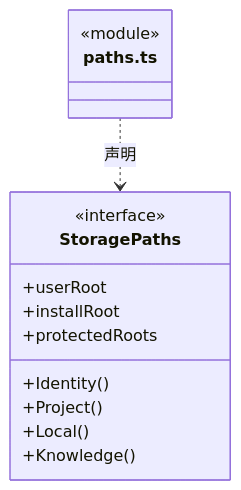
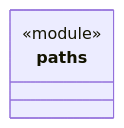
Before and after one commit to nan023062/cbim: the diagram in src/logic/workspace/ports/ARCHITECTURE.md, drawn with Mermaid. The commit also changed other lines of this file and 158 other files, not shown here.

Commit message:
docs: model architecture through nested virtual encapsulations

````diff
--- a/src/logic/workspace/ports/ARCHITECTURE.md
+++ b/src/logic/workspace/ports/ARCHITECTURE.md
@@ -48,17 +19,7 @@
 ```mermaid
 classDiagram
-class N_src_logic_workspace_ports_paths_ts["paths.ts"] {
+class N_d2d775cf9af7["paths"] {
   <<module>>
 }
-class N_src_logic_workspace_ports_paths_ts_StoragePaths["StoragePaths"] {
-  <<interface>>
-  +userRoot
-  +installRoot
-  +protectedRoots
-  +Identity()
-  +Project()
-  +Local()
-  +Knowledge()
-}
-N_src_logic_workspace_ports_paths_ts ..> N_src_logic_workspace_ports_paths_ts_StoragePaths : 声明
+click N_d2d775cf9af7 href "paths.ts"
 ```
````
